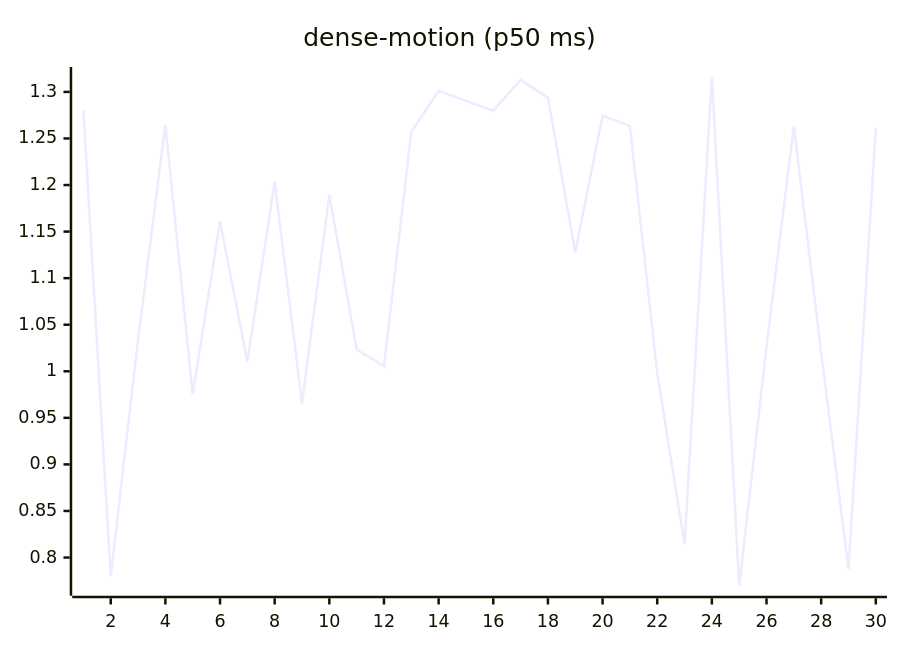
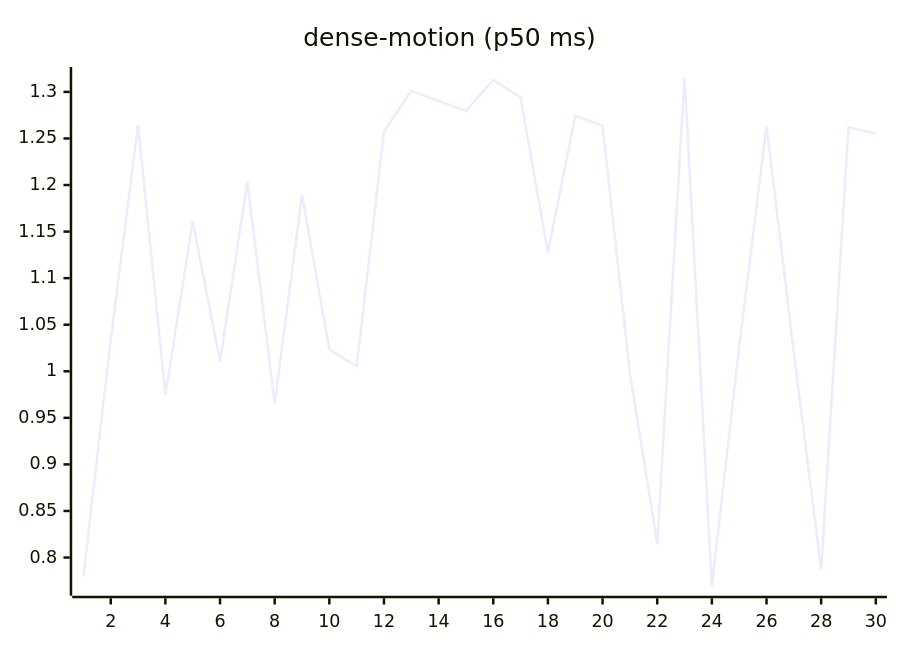
Before and after one commit to josha/Facet: the ninth of 27 diagrams in README.md, drawn with Mermaid. The commit also changed other lines of this file and 2 other files, not shown here.

````diff
--- a/README.md
+++ b/README.md
@@ -119,6 +119,6 @@
 ```mermaid
 xychart-beta
     title "dense-motion (p50 ms)"
     x-axis 1 --> 30
-    line [1.2805, 0.7796, 1.0341, 1.2646, 0.9749, 1.1610, 1.0105, 1.2037, 0.9653, 1.1895, 1.0233, 1.0054, 1.2572, 1.3012, 1.2904, 1.2798, 1.3128, 1.2940, 1.1276, 1.2742, 1.2636, 0.9981, 0.8144, 1.3160, 0.7697, 1.0258, 1.2636, 1.0200, 0.7874, 1.2619]
+    line [0.7796, 1.0341, 1.2646, 0.9749, 1.1610, 1.0105, 1.2037, 0.9653, 1.1895, 1.0233, 1.0054, 1.2572, 1.3012, 1.2904, 1.2798, 1.3128, 1.2940, 1.1276, 1.2742, 1.2636, 0.9981, 0.8144, 1.3160, 0.7697, 1.0258, 1.2636, 1.0200, 0.7874, 1.2619, 1.2553]
 ```
````
